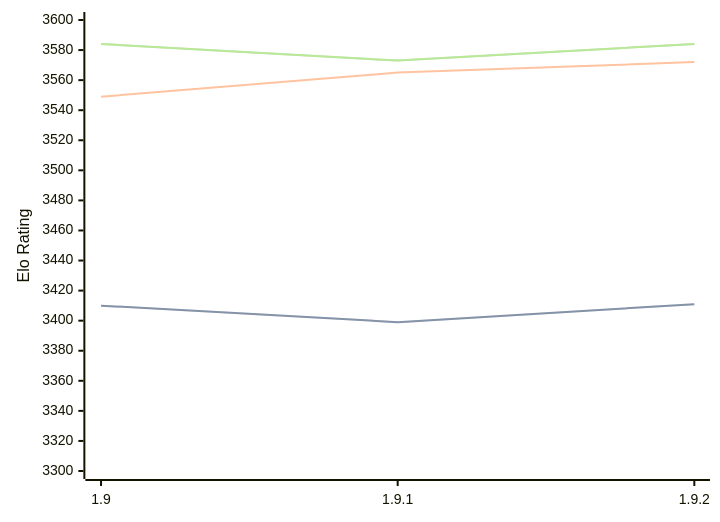
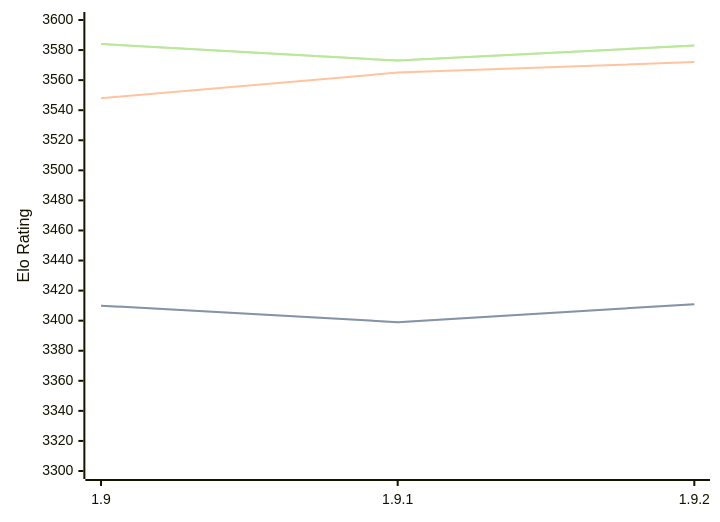
Before and after one commit to computer-chess-index/cci: the diagram in engines/Pawnocchio.md, drawn with Mermaid. The commit also changed other lines of this file, not shown here.

Commit message:
Update CCI Ratings (ELO VLTC) - 2026-03-17

````diff
--- a/engines/Pawnocchio.md
+++ b/engines/Pawnocchio.md
@@ -46,11 +46,11 @@
 ```mermaid
 %%{init: {"theme":"base","themeVariables":{"seriesColors:['#a3a3a3','#222221','#faa371']}}}%%
 xychart-beta
   x-axis ["1.9", "1.9.1", "1.9.2"]
   y-axis "Elo Rating" 3300 --> 3600
   line "STC (8.0+0.08s)" [3410, 3399, 3411]
   line "STC (8.0+0.08s)" [3410, 3399, 3411]
-  line "LTC (60.0+0.60s)" [3549, 3565, 3572]
-  line "VLTC (2m24s+1.12s)" [3584, 3573, 3584]
-  line "VLTC (2m24s+1.12s)" [3584, 3573, 3584]
+  line "LTC (60.0+0.60s)" [3548, 3565, 3572]
+  line "VLTC (2m24s+1.12s)" [3584, 3573, 3583]
+  line "VLTC (2m24s+1.12s)" [3584, 3573, 3583]
 ```
````
